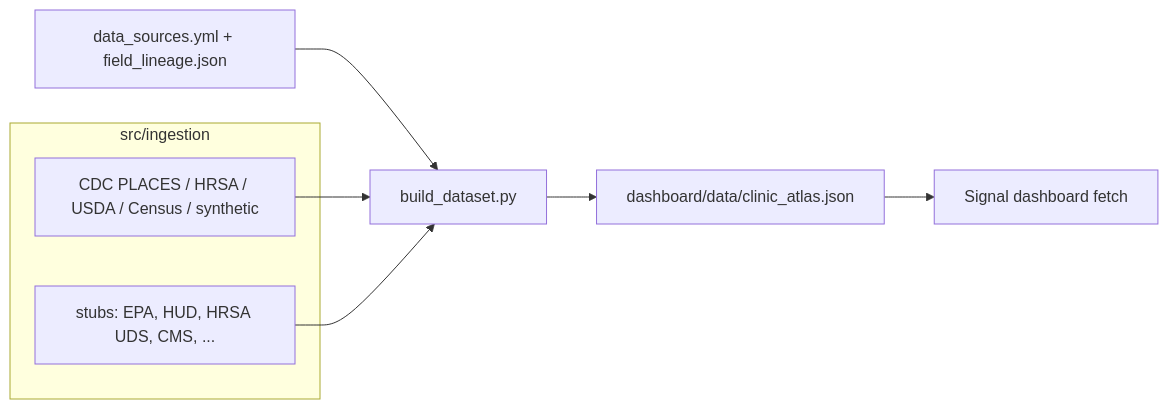
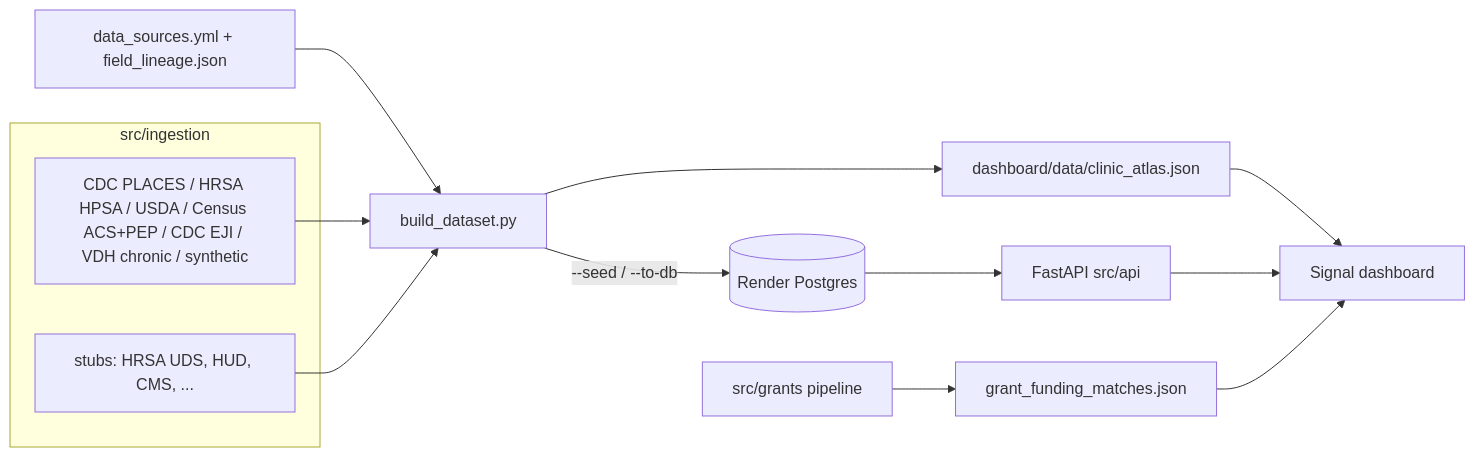
Before and after one commit to reaganwcisel123/CS5934: the diagram in documents/architecture-current-state.md, drawn with Mermaid. The commit also changed other lines of this file and 23 other files, not shown here.

````diff
--- a/documents/architecture-current-state.md
+++ b/documents/architecture-current-state.md
@@ -22,12 +30,16 @@
 ```mermaid
 flowchart LR
   cat[data_sources.yml + field_lineage.json] --> build[build_dataset.py]
   subgraph ingest[src/ingestion]
-    real[CDC PLACES / HRSA / USDA / Census / synthetic]
-    stub[stubs: EPA, HUD, HRSA UDS, CMS, ...]
+    real[CDC PLACES / HRSA HPSA / USDA / Census ACS+PEP / CDC EJI / VDH chronic / synthetic]
+    stub[stubs: HRSA UDS, HUD, CMS, ...]
   end
   real --> build
   stub --> build
   build --> json[dashboard/data/clinic_atlas.json]
-  json --> dash[Signal dashboard fetch]
+  build -->|--seed / --to-db| pg[(Render Postgres)]
+  pg --> api[FastAPI src/api]
+  json --> dash[Signal dashboard]
+  api --> dash
+  grants[src/grants pipeline] --> gjson[grant_funding_matches.json] --> dash
 ```
````
